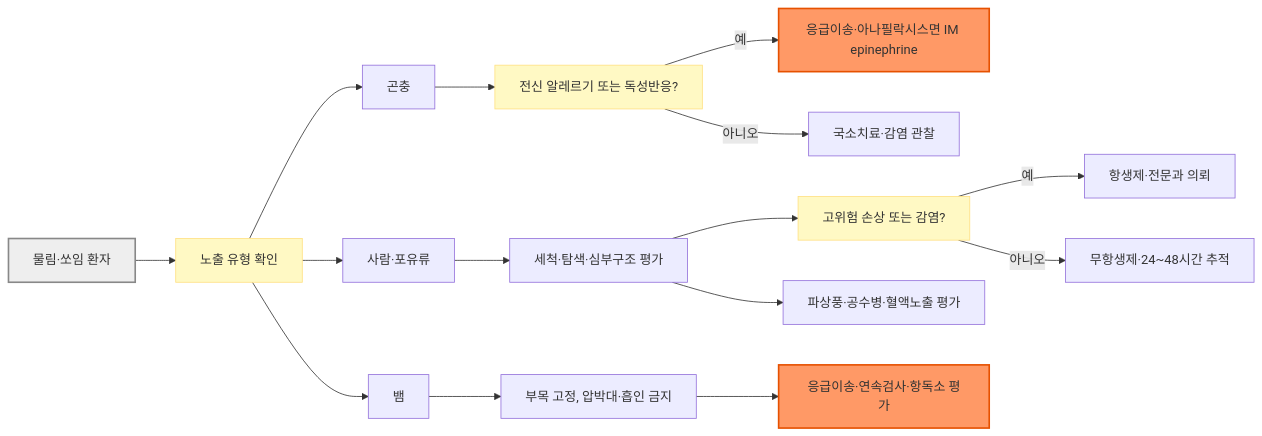
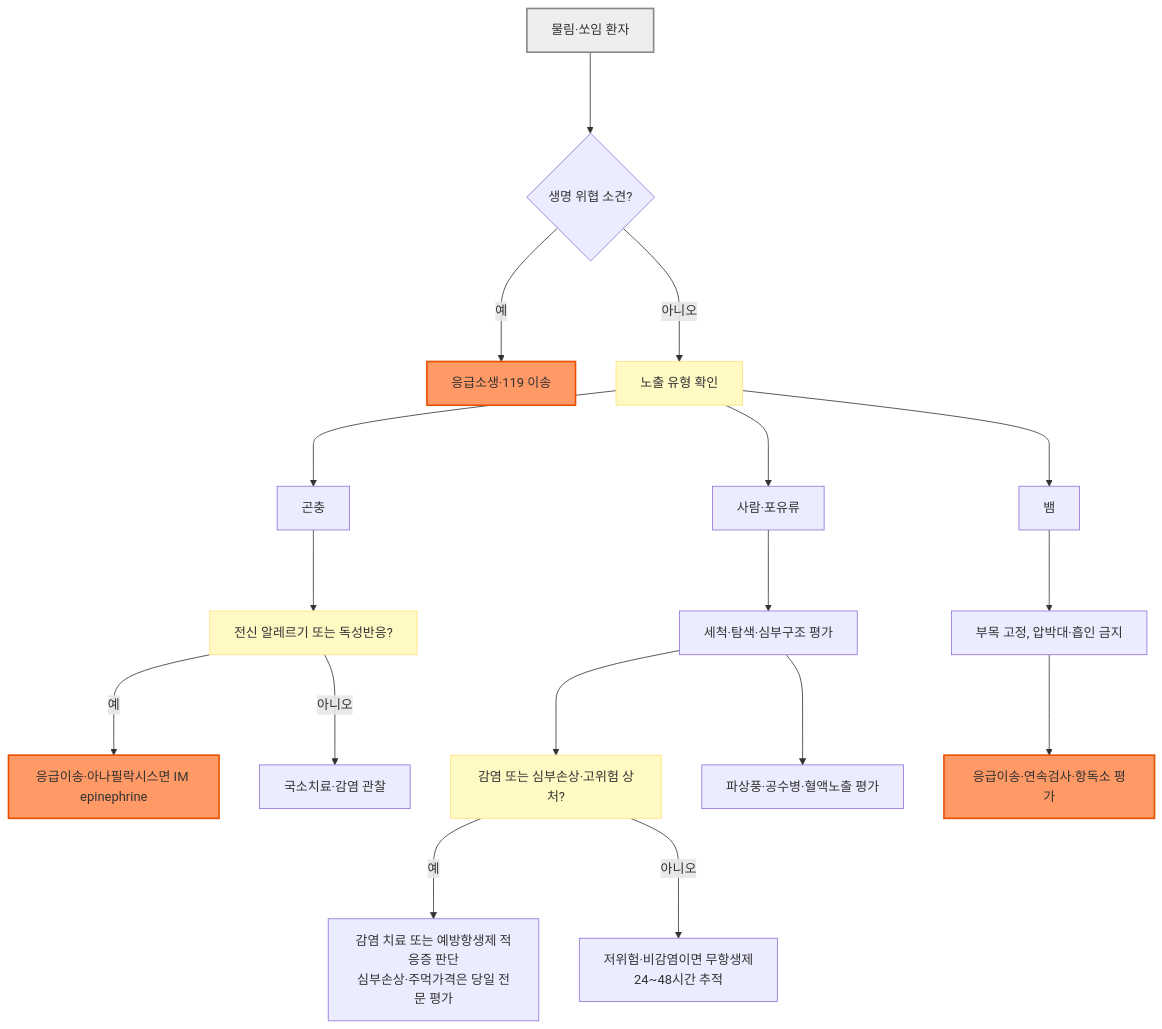
Before and after one commit to familyoh77/familyoh77: the diagram in 230_/204_-bites.md, drawn with Mermaid. The commit also changed other lines of this file and 11 other files, not shown here.

````diff
--- a/230_/204_-bites.md
+++ b/230_/204_-bites.md
@@ -291,27 +68,29 @@
 ```mermaid
-flowchart LR
-    A[물림·쏘임 환자] --> B[노출 유형 확인]
-    B --> I[곤충]
-    B --> M[사람·포유류]
-    B --> S[뱀]
+flowchart TD
+    A["물림·쏘임 환자"] ---> U{"생명 위협 소견?"}
+    U --->|예| UE["응급소생·119 이송"]
+    U --->|아니오| B["노출 유형 확인"]
+    B ---> I["곤충"]
+    B ---> M["사람·포유류"]
+    B ---> S["뱀"]
 
-    I --> IA[전신 알레르기 또는 독성반응?]
-    IA -->|예| IE["응급이송·아나필락시스면 IM epinephrine"]
-    IA -->|아니오| IL["국소치료·감염 관찰"]
+    I ---> IA["전신 알레르기 또는 독성반응?"]
+    IA --->|예| IE["응급이송·아나필락시스면 IM epinephrine"]
+    IA --->|아니오| IL["국소치료·감염 관찰"]
 
-    M --> MD["세척·탐색·심부구조 평가"]
-    MD --> MH[고위험 손상 또는 감염?]
-    MH -->|예| MA["항생제·전문과 의뢰"]
-    MH -->|아니오| MF["무항생제·24~48시간 추적"]
-    MD --> MP["파상풍·공수병·혈액노출 평가"]
+    M ---> MD["세척·탐색·심부구조 평가"]
+    MD ---> MH["감염 또는 심부손상·고위험 상처?"]
+    MH --->|예| MA["감염 치료 또는 예방항생제 적응증 판단<br/>심부손상·주먹가격은 당일 전문 평가"]
+    MH --->|아니오| MF["저위험·비감염이면 무항생제<br/>24~48시간 추적"]
+    MD ---> MP["파상풍·공수병·혈액노출 평가"]
 
-    S --> SE["부목 고정, 압박대·흡인 금지"]
-    SE --> SH["응급이송·연속검사·항독소 평가"]
+    S ---> SE["부목 고정, 압박대·흡인 금지"]
+    SE ---> SH["응급이송·연속검사·항독소 평가"]
 
     classDef startNode fill:#eeeeee,stroke:#888888,stroke-width:2px
     classDef question fill:#fff9c4,stroke:#ffe082
     classDef action fill:#f96,stroke:#e65100,stroke-width:2px
     class A startNode
     class B,IA,MH question
-    class IE,SH action
+    class IE,SH,UE action
 ```
````
